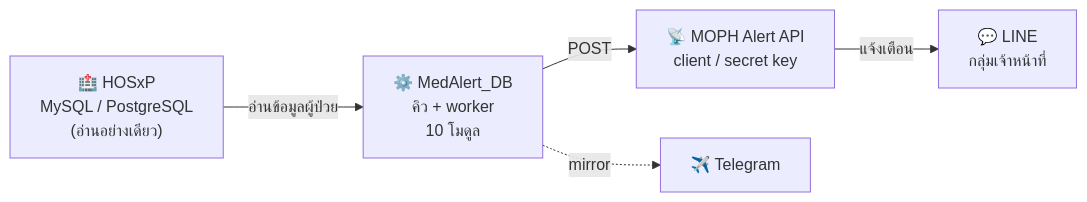
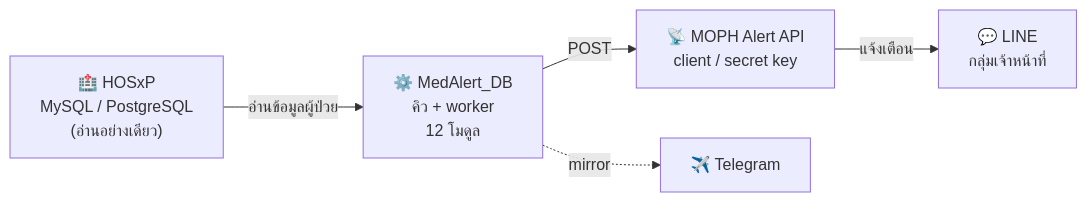
The first of 2 diagrams in README.md (nuttapong39/Fall_Risk_Alert-V.2), drawn with Mermaid before and after one commit. The commit also changed other lines of this file and 6 other files, not shown here.

First line of the commit message:
docs: เพิ่ม work-flow.md + sync จำนวนโมดูลใน CONTEXT/README/PROJECT-STRUCTURE

````diff
--- a/README.md
+++ b/README.md
@@ -41,7 +41,7 @@
 ```mermaid
 flowchart LR
-    A["🏥 HOSxP<br/>MySQL / PostgreSQL<br/>(อ่านอย่างเดียว)"] -->|อ่านข้อมูลผู้ป่วย| B["⚙️ MedAlert_DB<br/>คิว + worker<br/>10 โมดูล"]
+    A["🏥 HOSxP<br/>MySQL / PostgreSQL<br/>(อ่านอย่างเดียว)"] -->|อ่านข้อมูลผู้ป่วย| B["⚙️ MedAlert_DB<br/>คิว + worker<br/>12 โมดูล"]
     B -->|POST| C["📡 MOPH Alert API<br/>client / secret key"]
     C -->|แจ้งเตือน| D["💬 LINE<br/>กลุ่มเจ้าหน้าที่"]
     B -.->|mirror| E["✈️ Telegram"]
 ```
````
